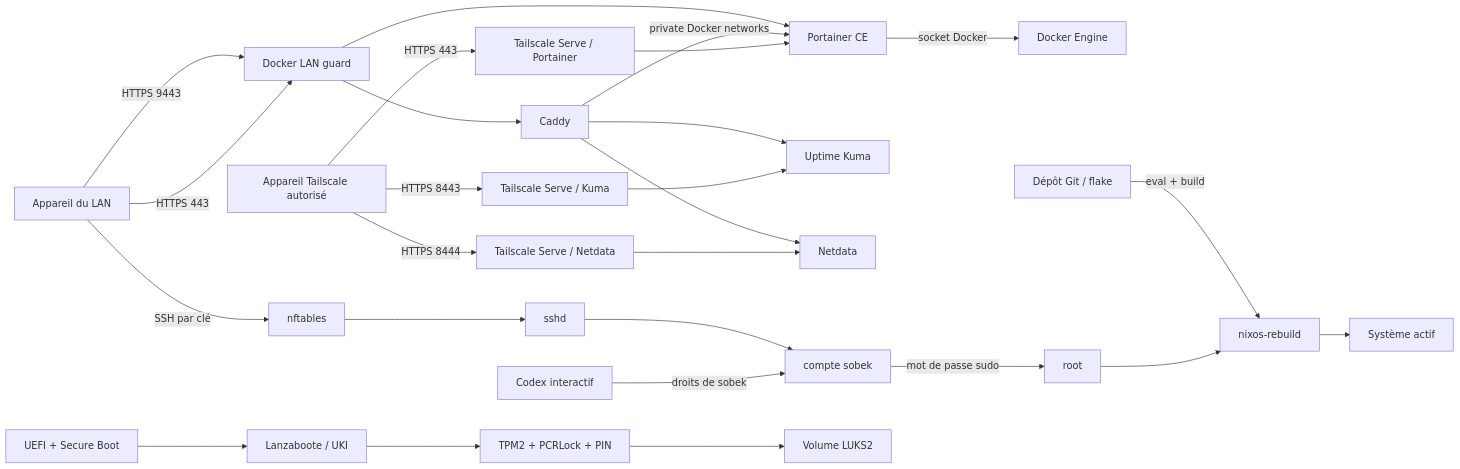
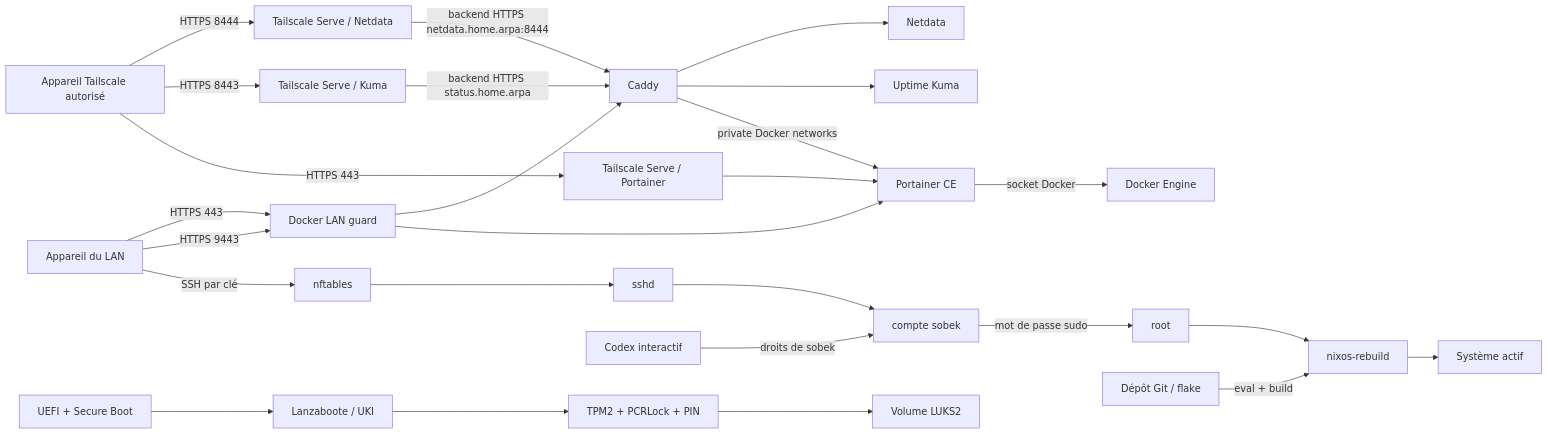
The diagram in docs/THREAT_MODEL.md (sobekkkk/nixos-homelab-conf), drawn with Mermaid before and after one commit. The commit also changed other lines of this file and 17 other files, not shown here.

Commit message:
Document homelab architecture and operational standards

````diff
--- a/docs/THREAT_MODEL.md
+++ b/docs/THREAT_MODEL.md
@@ -16,28 +18,28 @@
 ```mermaid
 flowchart LR
     LAN[Appareil du LAN] -->|SSH par clé| FW[nftables]
     FW --> SSH[sshd]
     LAN -->|HTTPS 9443| DGUARD[Docker LAN guard]
     DGUARD --> PORTAINER[Portainer CE]
     PORTAINER -->|socket Docker| DOCKER[Docker Engine]
     LAN -->|HTTPS 443| DGUARD
     DGUARD --> CADDY[Caddy]
     CADDY -->|private Docker networks| PORTAINER
     CADDY --> KUMA[Uptime Kuma]
     CADDY --> NETDATA[Netdata]
     TAILNET[Appareil Tailscale autorisé] -->|HTTPS 443| TS_PORTAINER[Tailscale Serve / Portainer]
     TAILNET -->|HTTPS 8443| TS_KUMA[Tailscale Serve / Kuma]
     TAILNET -->|HTTPS 8444| TS_NETDATA[Tailscale Serve / Netdata]
     TS_PORTAINER --> PORTAINER
-    TS_KUMA --> KUMA
-    TS_NETDATA --> NETDATA
+    TS_KUMA -->|backend HTTPS status.home.arpa| CADDY
+    TS_NETDATA -->|backend HTTPS netdata.home.arpa:8444| CADDY
     SSH --> USER[compte sobek]
     USER -->|mot de passe sudo| ROOT[root]
     GIT[Dépôt Git / flake] -->|eval + build| REBUILD[nixos-rebuild]
     ROOT --> REBUILD
     REBUILD --> SYSTEM[Système actif]
     UEFI[UEFI + Secure Boot] --> UKI[Lanzaboote / UKI]
     UKI --> TPM[TPM2 + PCRLock + PIN]
     TPM --> LUKS[Volume LUKS2]
     CODEX[Codex interactif] -->|droits de sobek| USER
 ```
````
